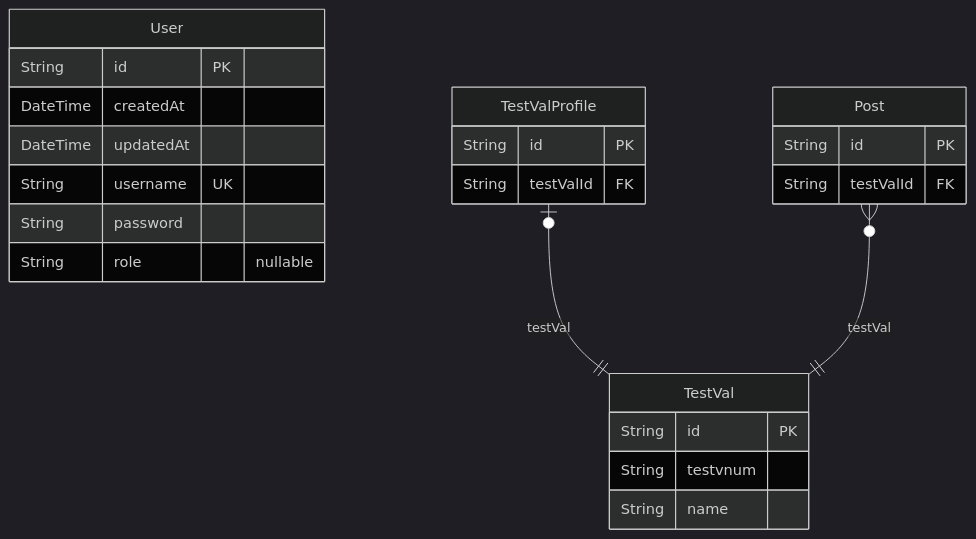
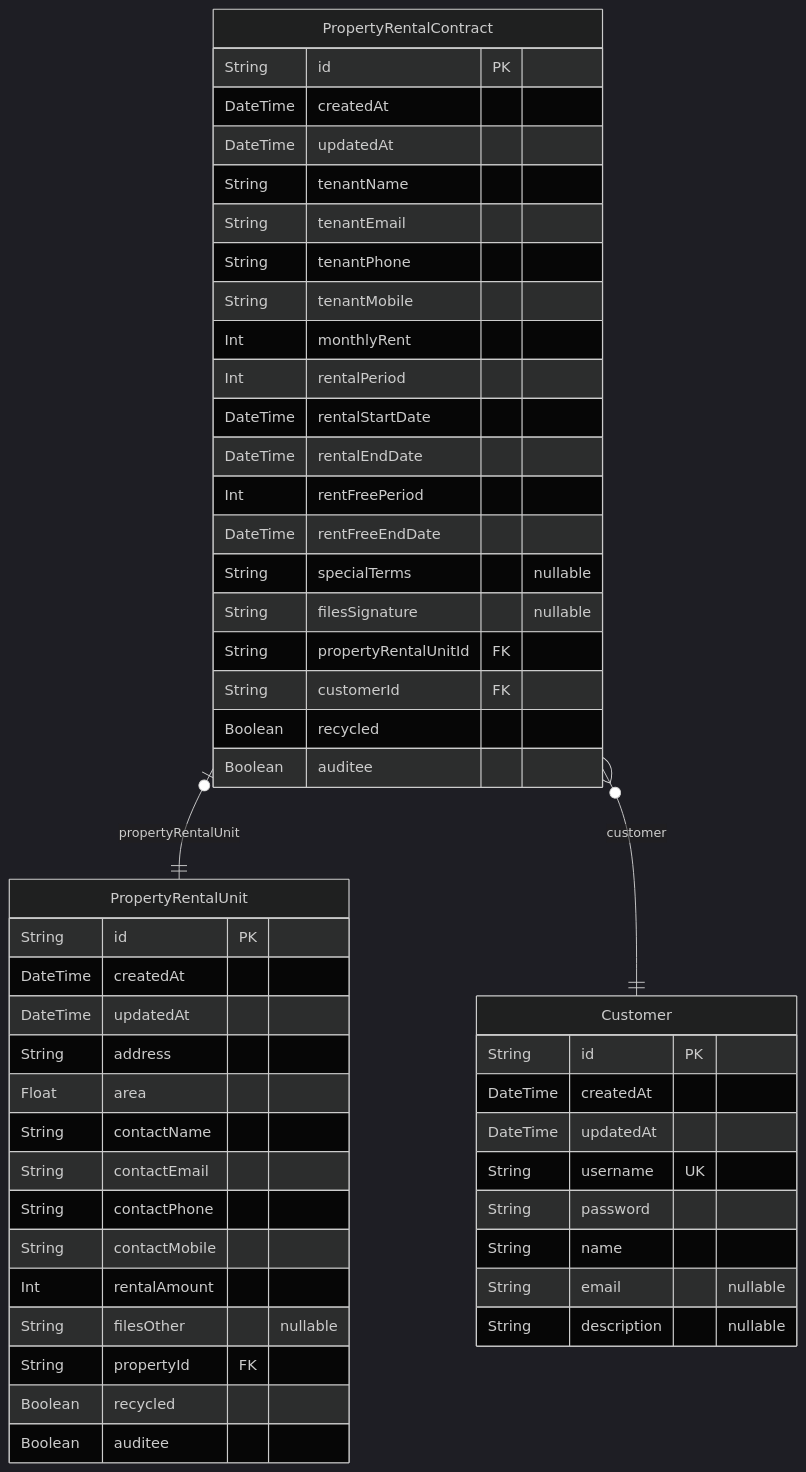
The third of 4 diagrams in generated/packages/ERD.md (Val0429/taiwan-life-insurance), drawn with Mermaid (dark theme) before and after one commit. The commit also changed other lines of this file and 12 other files, not shown here.

Commit message:
update ERD

````diff
--- a/generated/packages/ERD.md
+++ b/generated/packages/ERD.md
@@ -7,26 +293,52 @@
 ```mermaid
 erDiagram
-"User" {
+"PropertyRentalUnit" {
+    String id PK
+    DateTime createdAt
+    DateTime updatedAt
+    String address
+    Float area
+    String contactName
+    String contactEmail
+    String contactPhone
+    String contactMobile
+    Int rentalAmount
+    String filesOther "nullable"
+    String propertyId FK
+    Boolean recycled
+    Boolean auditee
+}
+"PropertyRentalContract" {
+    String id PK
+    DateTime createdAt
+    DateTime updatedAt
+    String tenantName
+    String tenantEmail
+    String tenantPhone
+    String tenantMobile
+    Int monthlyRent
+    Int rentalPeriod
+    DateTime rentalStartDate
+    DateTime rentalEndDate
+    Int rentFreePeriod
+    DateTime rentFreeEndDate
+    String specialTerms "nullable"
+    String filesSignature "nullable"
+    String propertyRentalUnitId FK
+    String customerId FK
+    Boolean recycled
+    Boolean auditee
+}
+"Customer" {
     String id PK
     DateTime createdAt
     DateTime updatedAt
     String username UK
     String password
-    String role "nullable"
+    String name
+    String email "nullable"
+    String description "nullable"
 }
-"TestVal" {
-    String id PK
-    String testvnum
-    String name
-}
-"TestValProfile" {
-    String id PK
-    String testValId FK
-}
-"Post" {
-    String id PK
-    String testValId FK
-}
-"TestValProfile" |o--|| "TestVal" : testVal
-"Post" }o--|| "TestVal" : testVal
+"PropertyRentalContract" |o--|| "PropertyRentalUnit" : propertyRentalUnit
+"PropertyRentalContract" }o--|| "Customer" : customer
 ```
````
